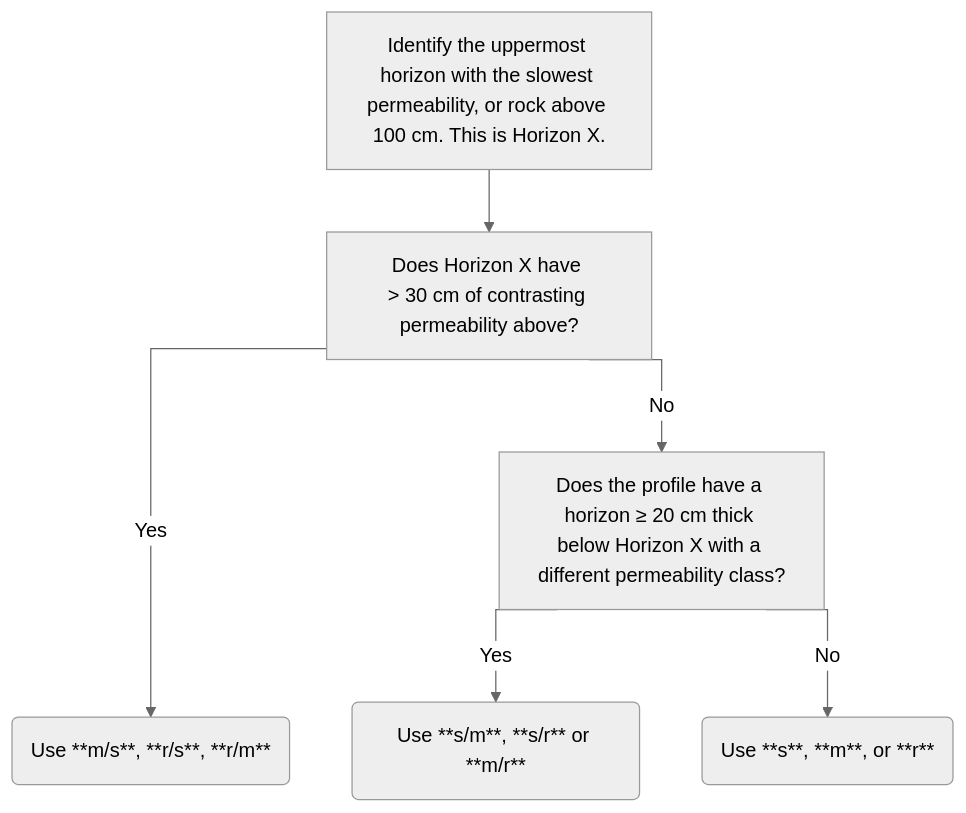
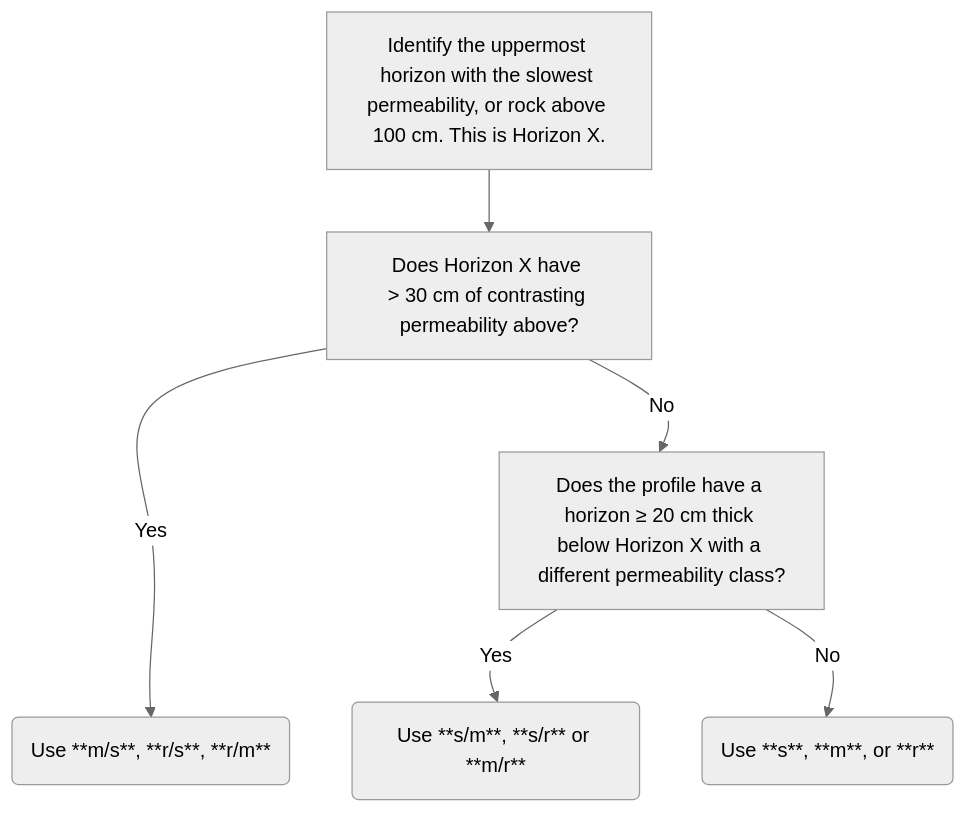
One commit to manaakiwhenua/NZ_soildesc_2024 changed the diagram in in_06_nzsc_familysibling.qmd. Above: the diagram before and after it, drawn with Mermaid (neutral theme). The commit also changed other lines of this file, not shown here.

````diff
--- a/in_06_nzsc_familysibling.qmd
+++ b/in_06_nzsc_familysibling.qmd
@@ -153,13 +152,13 @@
 ```{mermaid}
 %%| label: fig-in-famperm
 %%| fig-cap: "NZSC Family permeability flowchart"
 
-%%{ init: { 'flowchart': { 'curve': 'stepAfter' } } }%%
+%%{ init: { 'flowchart': { 'curve': 'natural' } } }%%
 graph TD
   A["Identify the uppermost horizon with the slowest permeability, or rock above 100 cm. This is Horizon X."]-->B["Does Horizon X have > 30 cm of contrasting permeability above?"]
   B--->|Yes|C("Use **m/s**, **r/s**, **r/m**")
   B--> |No|D["Does the profile have a horizon ≥ 20 cm thick below Horizon X with a different permeability class?"]
   D-->|Yes|E("Use **s/m**, **s/r** or **m/r**")
   D-->|No|F("Use **s**, **m**, or **r**")
   
 ```
````
